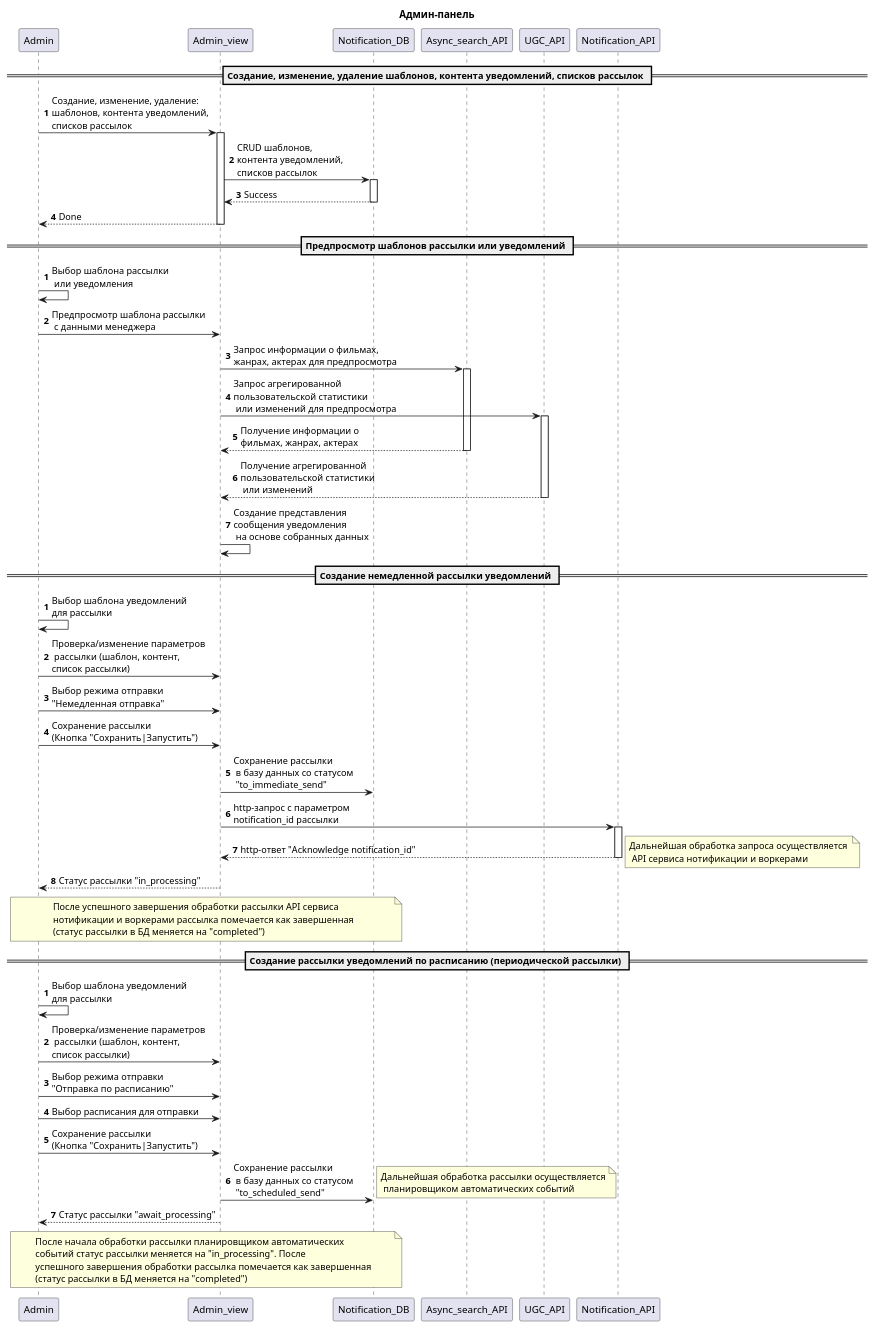
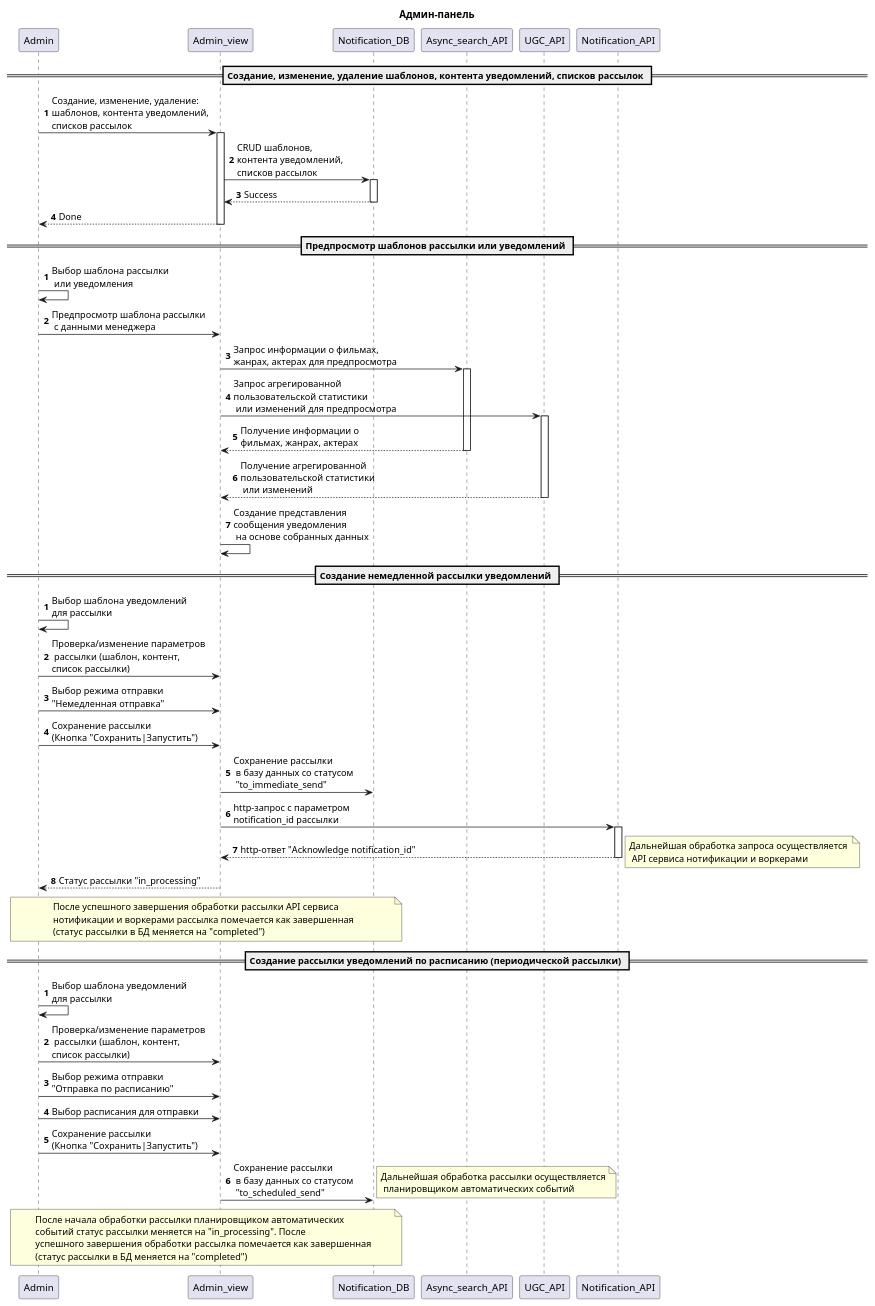
One commit to ArtemOsokin/notifications_service changed the diagram in architecture/admin_sequence_diagram.puml. Above: the diagram before and after it, drawn with PlantUML. The commit also changed 24 other files, not shown here.

```diff
--- a/architecture/admin_sequence_diagram.puml
+++ b/architecture/admin_sequence_diagram.puml
@@ -1,52 +1,51 @@
 @startuml
 'https://plantuml.com/sequence-diagram
 
 title Админ-панель
 == Создание, изменение, удаление шаблонов, контента уведомлений, списков рассылок ==
 autonumber
 Admin -> Admin_view ++ : Создание, изменение, удаление:\nшаблонов, контента уведомлений,\nсписков рассылок
 Admin_view -> Notification_DB ++ : CRUD шаблонов,\nконтента уведомлений,\nсписков рассылок
 Admin_view <-- Notification_DB -- : Success
 Admin <-- Admin_view -- : Done
 == Предпросмотр шаблонов рассылки или уведомлений ==
 autonumber
 Admin -> Admin: Выбор шаблона рассылки\n или уведомления
 Admin -> Admin_view: Предпросмотр шаблона рассылки\n с данными менеджера
 Admin_view -> Async_search_API ++ : Запрос информации о фильмах,\nжанрах, актерах для предпросмотра
 Admin_view -> UGC_API ++ : Запрос агрегированной\nпользовательской статистики\n или изменений для предпросмотра
 Admin_view <-- Async_search_API -- : Получение информации о\nфильмах, жанрах, актерах
 Admin_view <-- UGC_API -- : Получение агрегированной\nпользовательской статистики\n или изменений
 Admin_view -> Admin_view: Создание представления\nсообщения уведомления\n на основе собранных данных
 == Создание немедленной рассылки уведомлений ==
 autonumber
 Admin -> Admin: Выбор шаблона уведомлений\nдля рассылки
 Admin -> Admin_view: Проверка/изменение параметров\n рассылки (шаблон, контент,\nсписок рассылки)
 Admin -> Admin_view: Выбор режима отправки\n"Немедленная отправка"
 Admin -> Admin_view: Сохранение рассылки\n(Кнопка "Сохранить|Запустить")
 Admin_view -> Notification_DB: Сохранение рассылки\n в базу данных со статусом\n "to_immediate_send"
 Admin_view -> Notification_API ++ : http-запрос с параметром\nnotification_id рассылки
 Admin_view <-- Notification_API -- : http-ответ "Acknowledge notification_id"
 note right : Дальнейшая обработка запроса осуществляется \n API сервиса нотификации и воркерами
 Admin_view --> Admin: Статус рассылки "in_processing"
 note over Admin, Notification_DB
 После успешного завершения обработки рассылки API сервиса
 нотификации и воркерами рассылка помечается как завершенная
 (статус рассылки в БД меняется на "completed")
 end note
 == Создание рассылки уведомлений по расписанию (периодической рассылки) ==
 autonumber
 Admin -> Admin: Выбор шаблона уведомлений\nдля рассылки
 Admin -> Admin_view: Проверка/изменение параметров\n рассылки (шаблон, контент,\nсписок рассылки)
 Admin -> Admin_view: Выбор режима отправки\n"Отправка по расписанию"
 Admin -> Admin_view: Выбор расписания для отправки
 Admin -> Admin_view: Сохранение рассылки\n(Кнопка "Сохранить|Запустить")
 Admin_view -> Notification_DB: Сохранение рассылки\n в базу данных со статусом\n "to_scheduled_send"
 note right : Дальнейшая обработка рассылки осуществляется\n планировщиком автоматических событий
-Admin_view --> Admin: Статус рассылки "await_processing"
 note over Admin, Notification_DB
 После начала обработки рассылки планировщиком автоматических
 событий статус рассылки меняется на "in_processing". После
 успешного завершения обработки рассылка помечается как завершенная
 (статус рассылки в БД меняется на "completed")
 end note
 @enduml
```
